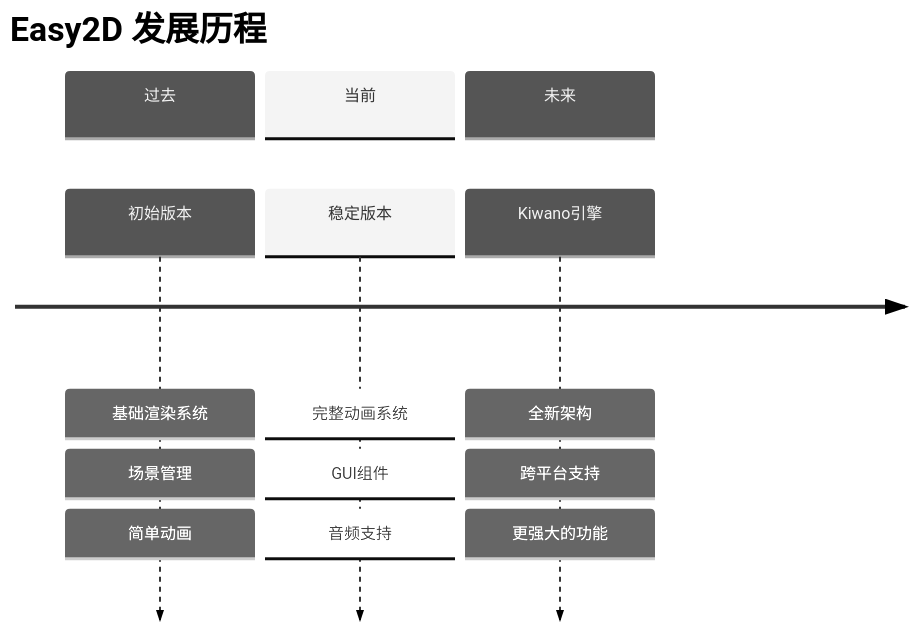
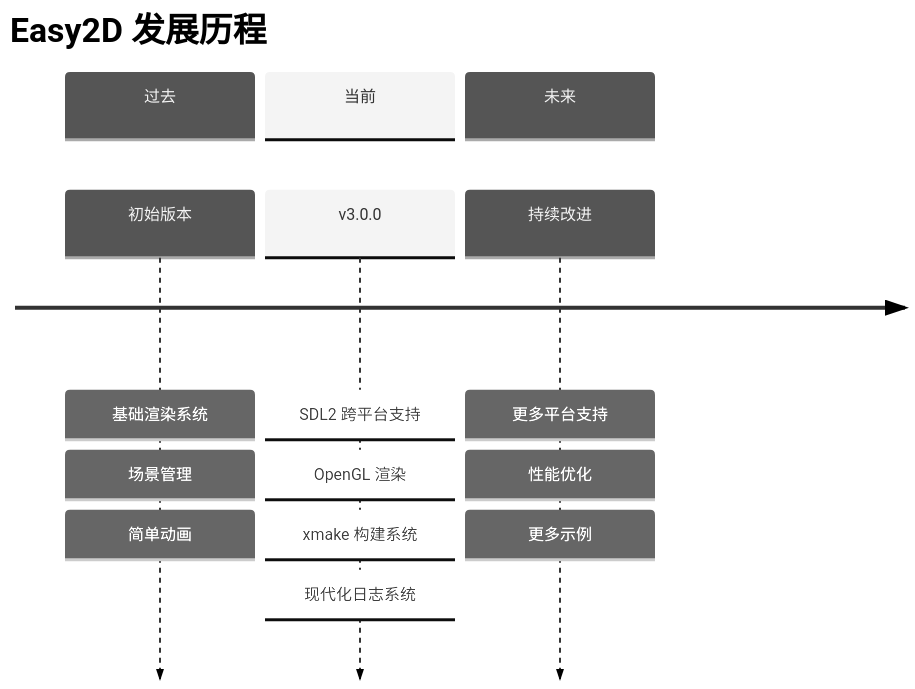
Diagram 15 of 16 in README.md (ChestnutYueyue/Easy2D), drawn with Mermaid (neutral theme) before and after one commit. The commit also changed other lines of this file and 2 other files, not shown here.

````diff
--- a/README.md
+++ b/README.md
@@ -646,16 +814,17 @@
 ```mermaid
 timeline
     title Easy2D 发展历程
     section 过去
         初始版本 : 基础渲染系统
                  : 场景管理
                  : 简单动画
     section 当前
-        稳定版本 : 完整动画系统
-                 : GUI组件
-                 : 音频支持
+        v3.0.0 : SDL2 跨平台支持
+               : OpenGL 渲染
+               : xmake 构建系统
+               : 现代化日志系统
     section 未来
-        Kiwano引擎 : 全新架构
-                   : 跨平台支持
-                   : 更强大的功能
+        持续改进 : 更多平台支持
+                 : 性能优化
+                 : 更多示例
 ```
````
